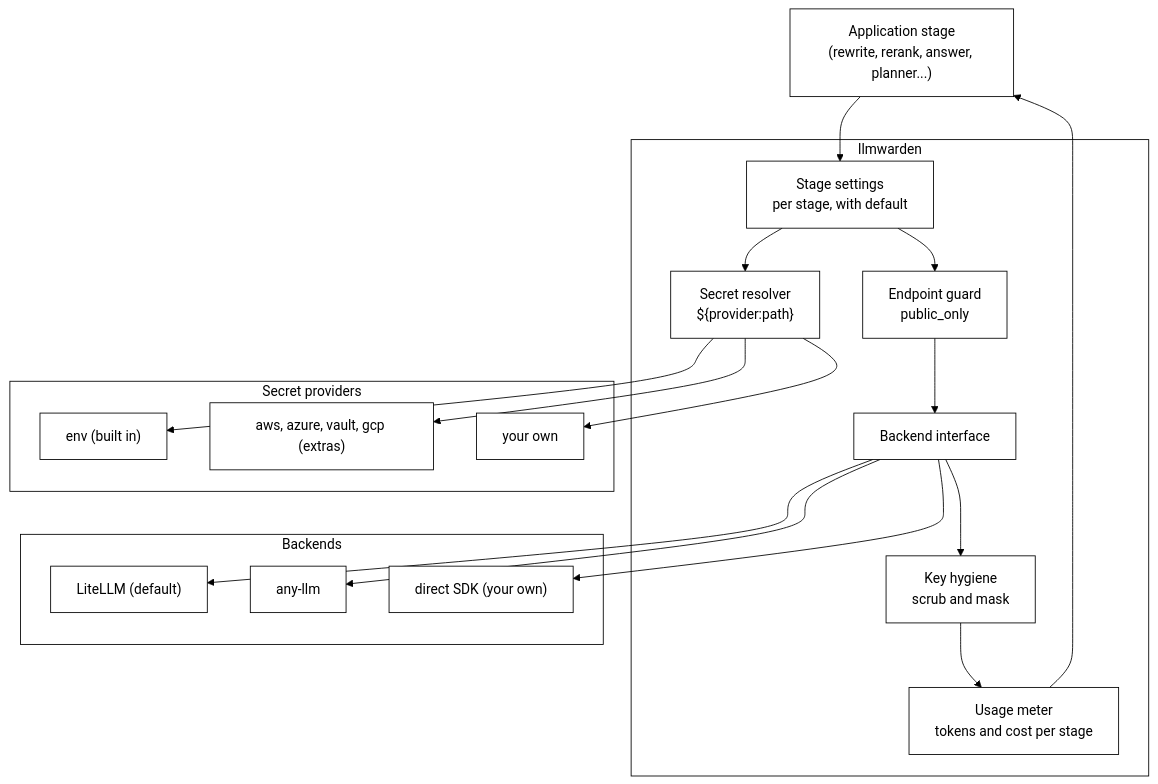
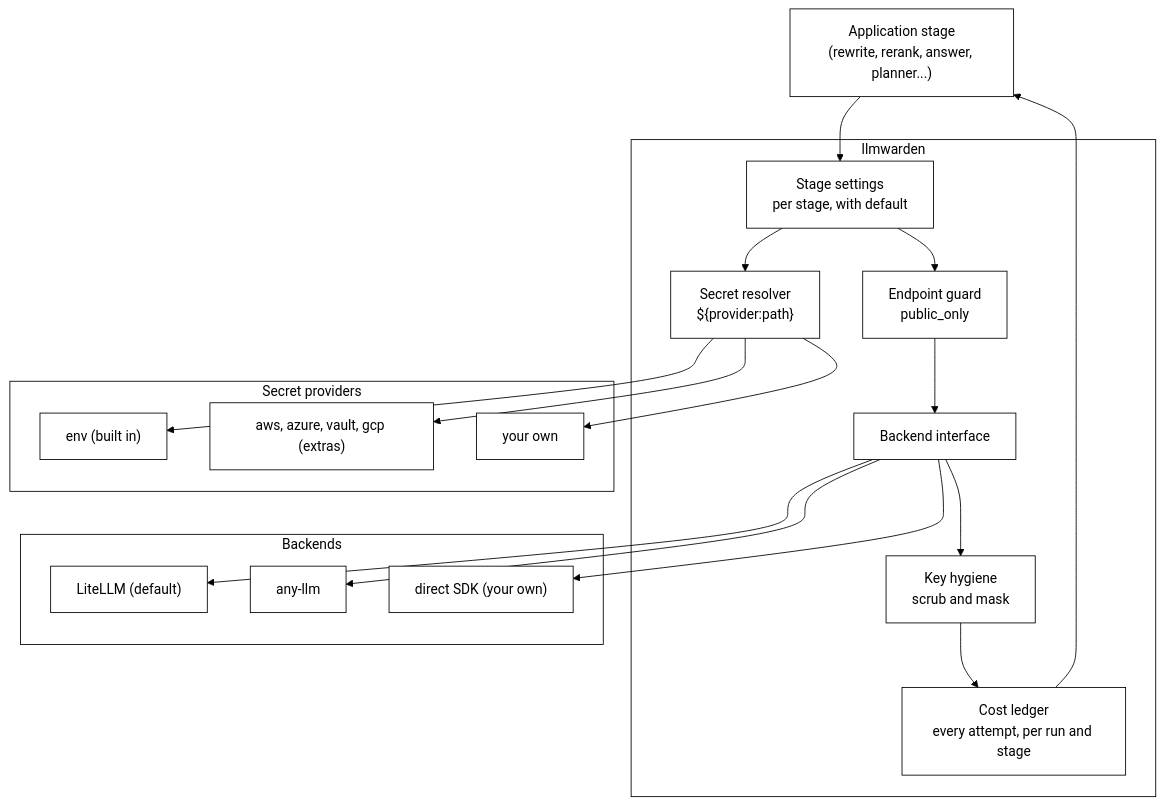
Before and after one commit to nadeem4/llmwarden: the first of 2 diagrams in docs/architecture.md, drawn with Mermaid. The commit also changed other lines of this file and 1 other file, not shown here.

Commit message:
docs: structured output, streaming, retries and the cost ledger

````diff
--- a/docs/architecture.md
+++ b/docs/architecture.md
@@ -22,36 +24,36 @@
 ```mermaid
 %%{init: {'theme':'base','themeVariables':{'primaryColor':'#ffffff','primaryTextColor':'#000000','primaryBorderColor':'#000000','lineColor':'#000000','secondaryColor':'#ffffff','tertiaryColor':'#ffffff','clusterBkg':'#ffffff','clusterBorder':'#000000'}}}%%
 flowchart TB
     App["Application stage<br/>(rewrite, rerank, answer, planner...)"]
     subgraph Warden["llmwarden"]
         Stages["Stage settings<br/>per stage, with default"]
         Secrets["Secret resolver<br/>${provider:path}"]
         Guard["Endpoint guard<br/>public_only"]
         Hygiene["Key hygiene<br/>scrub and mask"]
-        Meter["Usage meter<br/>tokens and cost per stage"]
+        Meter["Cost ledger<br/>every attempt, per run and stage"]
         Port["Backend interface"]
     end
     subgraph Stores["Secret providers"]
         Env["env (built in)"]
         Cloud["aws, azure, vault, gcp (extras)"]
         Own["your own"]
     end
     subgraph Backends["Backends"]
         Lite["LiteLLM (default)"]
         Any["any-llm"]
         Direct["direct SDK (your own)"]
     end
     App --> Stages
     Stages --> Secrets
     Secrets --> Env
     Secrets --> Cloud
     Secrets --> Own
     Stages --> Guard
     Guard --> Port
     Port --> Lite
     Port --> Any
     Port --> Direct
     Port --> Hygiene
     Hygiene --> Meter
     Meter --> App
 ```
````
